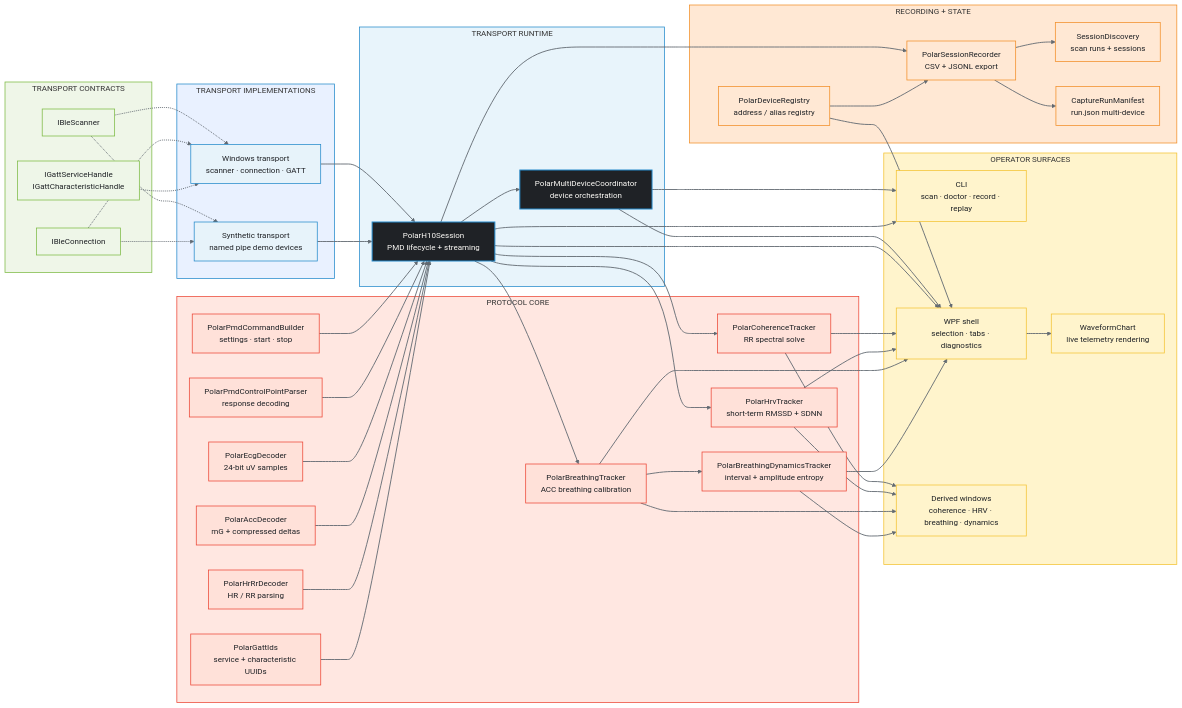
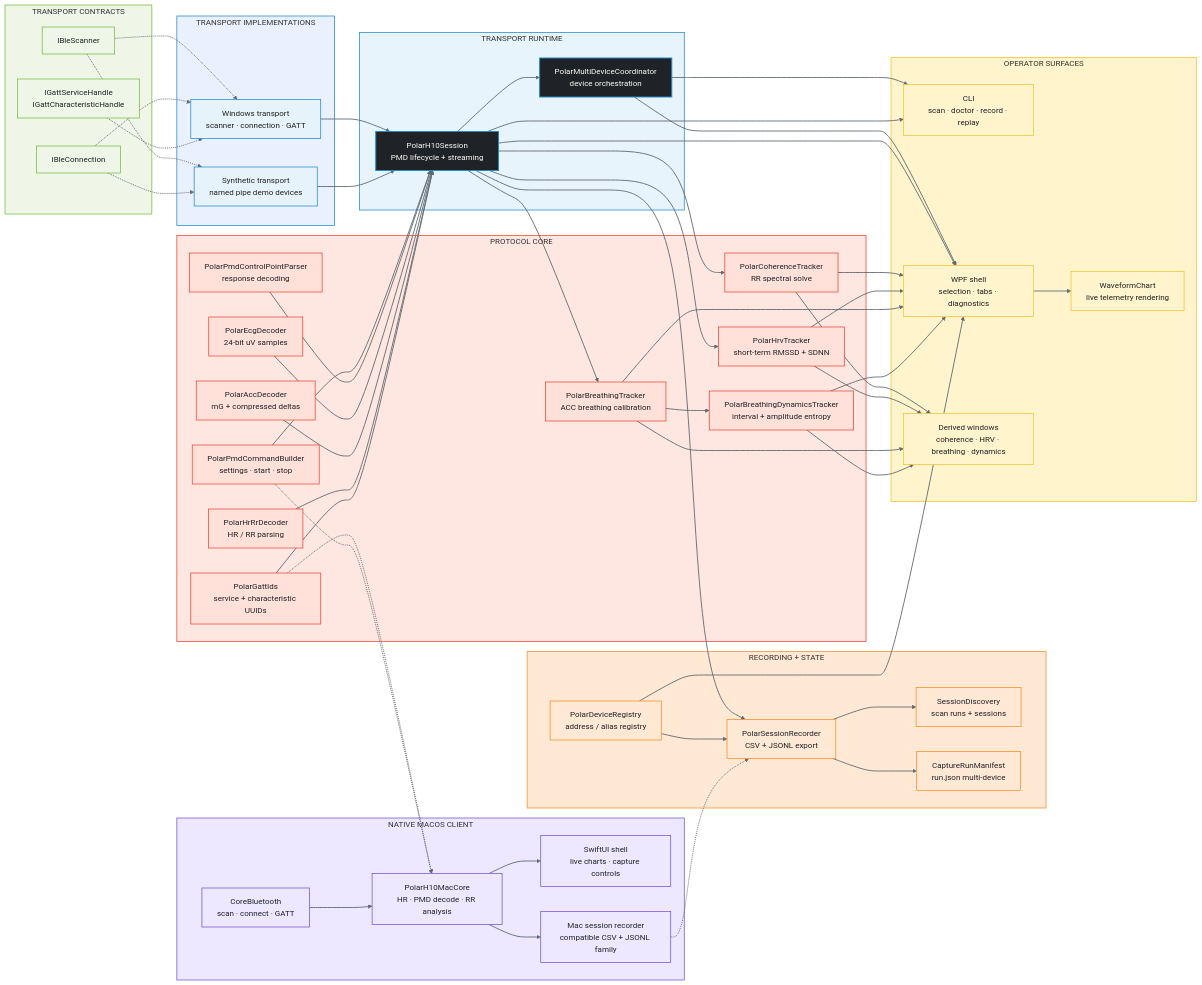
Before and after one commit to MesmerPrism/PolarH10: the diagram in docs/diagrams/code-architecture.mmd, drawn with Mermaid. The commit also changed 38 other files, not shown here.

Commit message:
Add native macOS app and release

```diff
--- a/docs/diagrams/code-architecture.mmd
+++ b/docs/diagrams/code-architecture.mmd
@@ -1,104 +1,120 @@
 %% Code architecture - subsystem level.
 %% Optimized for Pages viewer and GitHub README rendering.
 
 flowchart LR
     subgraph Protocol["PROTOCOL CORE"]
         EC["PolarEcgDecoder<br/>24-bit uV samples"]
         AC["PolarAccDecoder<br/>mG + compressed deltas"]
         HR["PolarHrRrDecoder<br/>HR / RR parsing"]
         CH["PolarCoherenceTracker<br/>RR spectral solve"]
         HV["PolarHrvTracker<br/>short-term RMSSD + SDNN"]
         BR["PolarBreathingTracker<br/>ACC breathing calibration"]
         BD["PolarBreathingDynamicsTracker<br/>interval + amplitude entropy"]
         PMD["PolarPmdCommandBuilder<br/>settings · start · stop"]
         CP["PolarPmdControlPointParser<br/>response decoding"]
         GID["PolarGattIds<br/>service + characteristic UUIDs"]
     end
 
     subgraph Transport["TRANSPORT CONTRACTS"]
         IS["IBleScanner"]
         IC["IBleConnection"]
         IG["IGattServiceHandle<br/>IGattCharacteristicHandle"]
     end
 
     subgraph Runtime["TRANSPORT RUNTIME"]
         SE["PolarH10Session<br/>PMD lifecycle + streaming"]
         MD["PolarMultiDeviceCoordinator<br/>device orchestration"]
     end
 
     subgraph Implementations["TRANSPORT IMPLEMENTATIONS"]
         WB["Windows transport<br/>scanner · connection · GATT"]
         SB["Synthetic transport<br/>named pipe demo devices"]
     end
 
     subgraph Recording["RECORDING + STATE"]
         RE["PolarSessionRecorder<br/>CSV + JSONL export"]
         SD["SessionDiscovery<br/>scan runs + sessions"]
         MA["CaptureRunManifest<br/>run.json multi-device"]
         DR["PolarDeviceRegistry<br/>address / alias registry"]
     end
 
     subgraph Surfaces["OPERATOR SURFACES"]
         C1["CLI<br/>scan · doctor · record · replay"]
         G1["WPF shell<br/>selection · tabs · diagnostics"]
         G2["Derived windows<br/>coherence · HRV · breathing · dynamics"]
         G3["WaveformChart<br/>live telemetry rendering"]
     end
 
+    subgraph MacClient["NATIVE MACOS CLIENT"]
+        MB["CoreBluetooth<br/>scan · connect · GATT"]
+        MC["PolarH10MacCore<br/>HR · PMD decode · RR analysis"]
+        MG["SwiftUI shell<br/>live charts · capture controls"]
+        MR["Mac session recorder<br/>compatible CSV + JSONL family"]
+    end
+
     PMD --> SE
     CP --> SE
     EC --> SE
     AC --> SE
     HR --> SE
     GID --> SE
     IS -.-> WB
     IC -.-> WB
     IG -.-> WB
     IS -.-> SB
     IC -.-> SB
     WB --> SE
     SB --> SE
     SE --> MD
     SE --> CH
     SE --> HV
     SE --> BR
     BR --> BD
     SE --> RE
     RE --> SD
     RE --> MA
     DR --> RE
     DR --> G1
     MD --> C1
     MD --> G1
     SE --> C1
     SE --> G1
     CH --> G1
     CH --> G2
     HV --> G1
     HV --> G2
     BR --> G1
     BR --> G2
     BD --> G1
     BD --> G2
     G1 --> G3
+    MB --> MC
+    MC --> MG
+    MC --> MR
+    GID -.-> MC
+    PMD -.-> MC
+    MR -.-> RE
 
     style Protocol fill:#FFE7E1,stroke:#EC4736,stroke-width:1.5px;
     style Transport fill:#EFF6E8,stroke:#7DBA44,stroke-width:1.5px;
     style Runtime fill:#E8F4FB,stroke:#258ACB,stroke-width:1.5px;
     style Implementations fill:#E9F1FF,stroke:#258ACB,stroke-width:1.5px;
     style Recording fill:#FFE8D4,stroke:#F28F28,stroke-width:1.5px;
     style Surfaces fill:#FFF4CC,stroke:#F3C333,stroke-width:1.5px;
+    style MacClient fill:#EDE8FF,stroke:#7657C8,stroke-width:1.5px;
 
     classDef core fill:#FFE1D9,stroke:#EC4736,color:#1F2226,stroke-width:1.5px;
     classDef contracts fill:#EEF6E8,stroke:#7DBA44,color:#1F2226,stroke-width:1.5px;
     classDef impl fill:#E7F3FA,stroke:#258ACB,color:#1F2226,stroke-width:1.5px;
     classDef active fill:#1F2226,stroke:#258ACB,color:#FFFDF9,stroke-width:2px;
     classDef record fill:#FFE8D4,stroke:#F28F28,color:#1F2226,stroke-width:1.5px;
     classDef surface fill:#FFF4CC,stroke:#F3C333,color:#1F2226,stroke-width:1.5px;
+    classDef mac fill:#EDE8FF,stroke:#7657C8,color:#1F2226,stroke-width:1.5px;
     class EC,AC,HR,CH,HV,BR,BD,PMD,CP,GID core;
     class IS,IC,IG contracts;
     class WB,SB impl;
     class SE,MD active;
     class RE,SD,MA,DR record;
     class C1,G1,G2,G3 surface;
+    class MB,MC,MG,MR mac;
     linkStyle default stroke:#626A72,stroke-width:1.8px;
```
